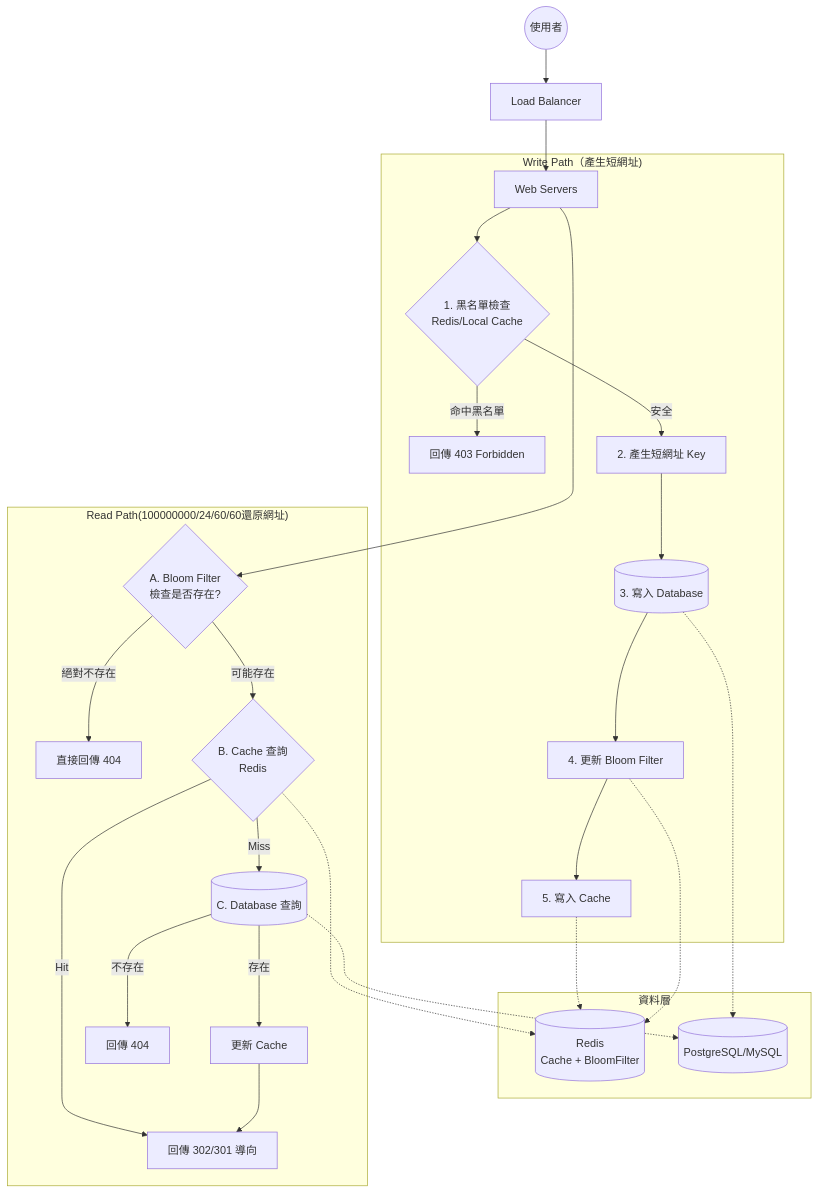
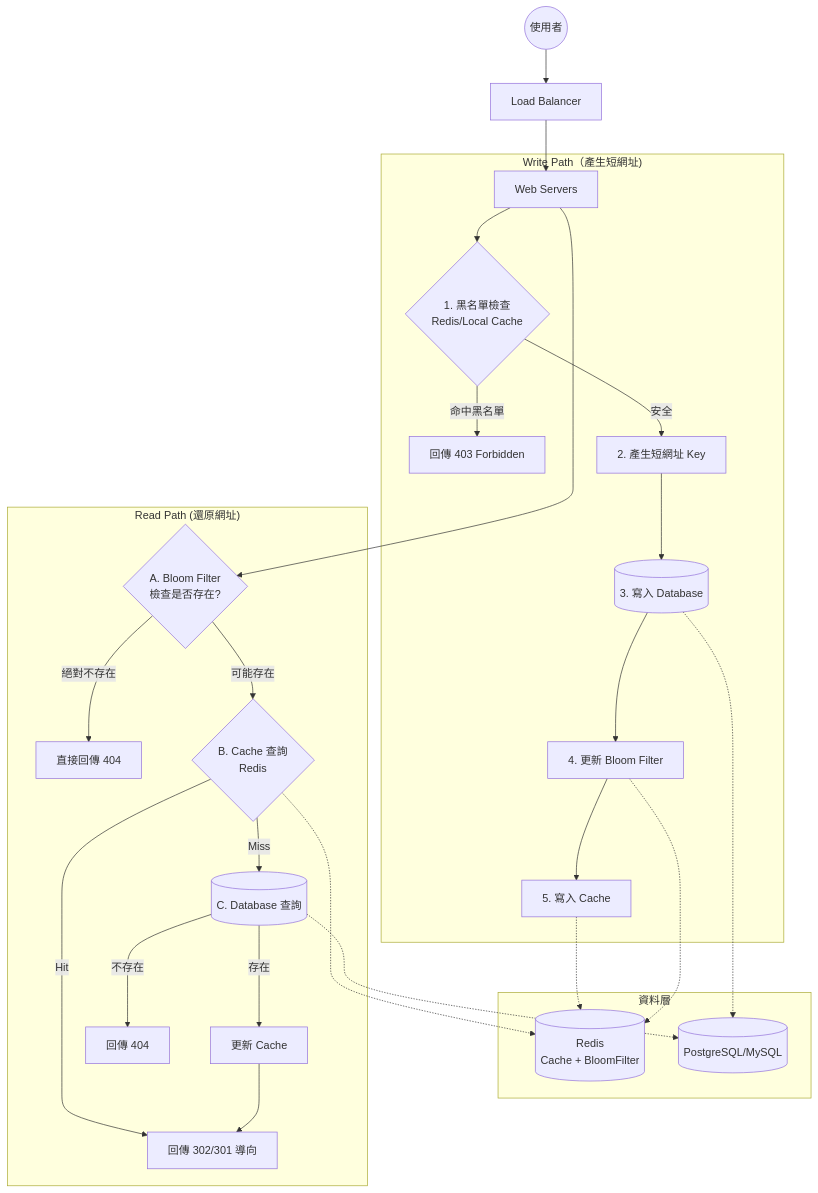
The diagram in README.md (TinyMurky/tinyurl), drawn with Mermaid before and after one commit. The commit also changed other lines of this file, not shown here.

Commit message:
[doc] fix readme mermaid

````diff
--- a/README.md
+++ b/README.md
@@ -50,40 +61,40 @@
 ```mermaid
 graph TD
     User((使用者)) --> LB[Load Balancer]
     LB --> Server[Web Servers]
 
     subgraph "Write Path（產生短網址)"
         Server --> Blacklist{1. 黑名單檢查<br/>Redis/Local Cache}
         Blacklist -- 命中黑名單 --> Refuse[回傳 403 Forbidden]
         Blacklist -- 安全 --> KeyGen[2. 產生短網址 Key]
         KeyGen --> WriteDB[(3. 寫入 Database)]
         WriteDB --> UpdateBF[4. 更新 Bloom Filter]
         UpdateBF --> UpdateCache[5. 寫入 Cache]
     end
 
-    subgraph "Read Path(100000000/24/60/60還原網址)"
+    subgraph "Read Path (還原網址)"
         Server --> BF_Check{A. Bloom Filter<br/>檢查是否存在?}
         BF_Check -- 絕對不存在 --> 404[直接回傳 404]
         BF_Check -- 可能存在 --> CacheCheck{B. Cache 查詢<br/>Redis}
         
         CacheCheck -- Hit --> Redirect[回傳 302/301 導向]
         CacheCheck -- Miss --> DB_Query[(C. Database 查詢)]
         
         DB_Query -- 存在 --> SyncCache[更新 Cache]
         SyncCache --> Redirect
         DB_Query -- 不存在 --> 404_Real[回傳 404]
     end
 
     %% 零件定義
     subgraph "資料層"
         Redis[(Redis<br/>Cache + BloomFilter)]
         DB[(PostgreSQL/MySQL)]
     end
 
     %% 連接資料層
     UpdateCache -.-> Redis
     CacheCheck -.-> Redis
     WriteDB -.-> DB
     DB_Query -.-> DB
     UpdateBF -.-> Redis
 ```
````
